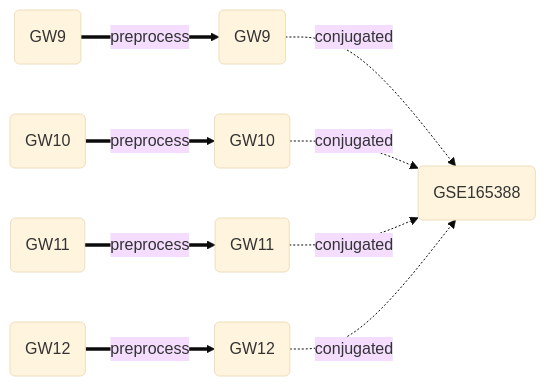
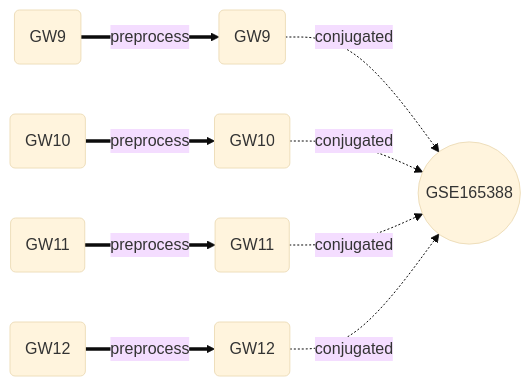
One commit to yo-aka-gene/algebra_ver822 changed the first of 2 diagrams in code/01_preprocess_gse165388/README.md. Above: the diagram before and after it, drawn with Mermaid (base theme). The commit also changed other lines of this file, not shown here.

Commit message:
:art: modified icon for whole datasets

````diff
--- a/code/01_preprocess_gse165388/README.md
+++ b/code/01_preprocess_gse165388/README.md
@@ -3,12 +3,12 @@
 ```{mermaid}
 graph LR
     A("GW9") =="preprocess"==> E("GW9")
     B("GW10")=="preprocess"==> F("GW10")
     C("GW11")=="preprocess"==> G("GW11")
     D("GW12")=="preprocess"==> H("GW12")
 
-    E-."conjugated".->I("GSE165388")
+    E-."conjugated".->I(("GSE165388"))
     F-."conjugated".->I
     G-."conjugated".->I
     H-."conjugated".->I
 ```
````
